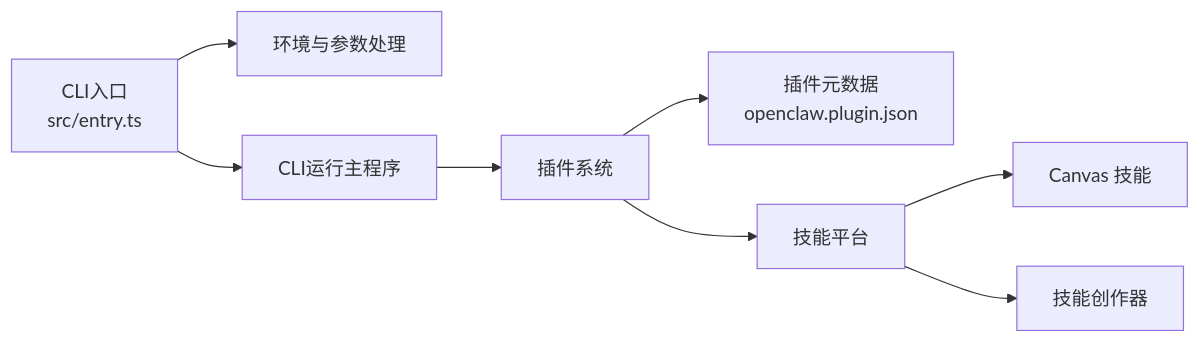
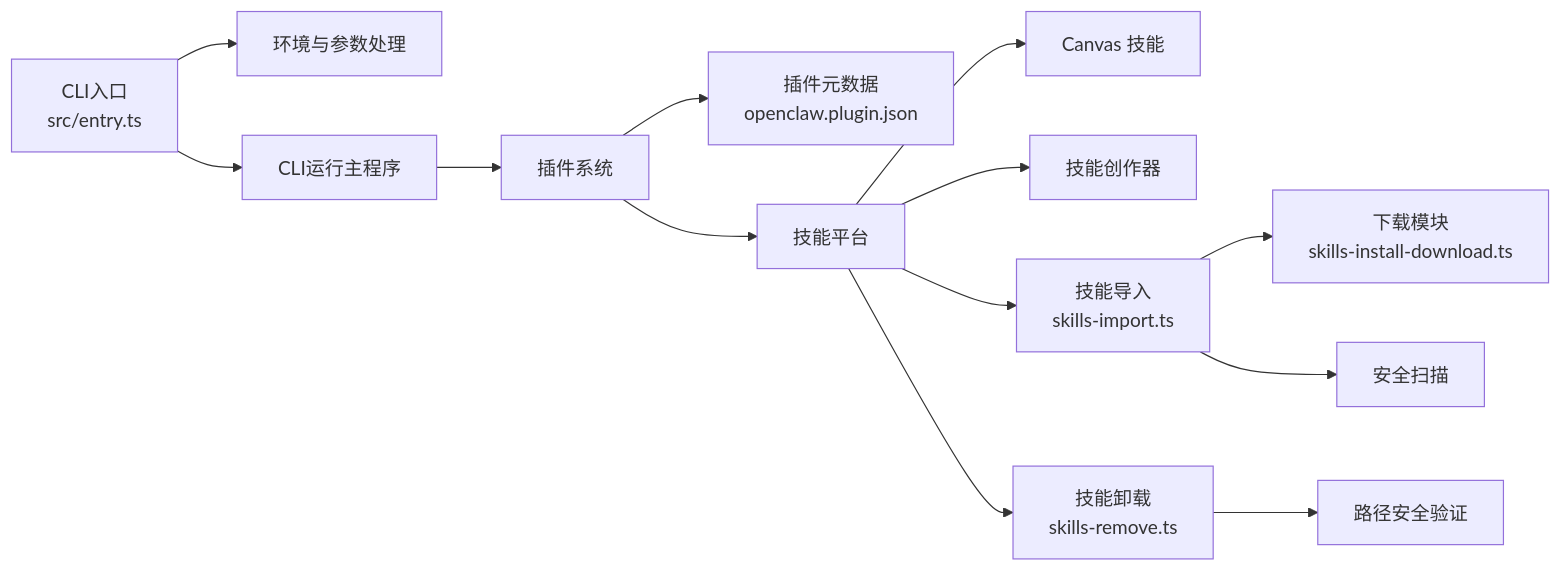
One commit to verse-ai-org/openclaw changed the ninth of 9 diagrams in .qoder/repowiki/zh/content/Web界面/技能平台.md. Above: the diagram before and after it, drawn with Mermaid. The commit also changed other lines of this file and 33 other files, not shown here.

````diff
--- a/.qoder/repowiki/zh/content/Web界面/技能平台.md
+++ b/.qoder/repowiki/zh/content/Web界面/技能平台.md
@@ -266,10 +422,15 @@
 ```mermaid
 graph LR
 Entry["CLI入口<br/>src/entry.ts"] --> Env["环境与参数处理"]
 Entry --> Run["CLI运行主程序"]
 Run --> Plugins["插件系统"]
 Plugins --> Meta["插件元数据<br/>openclaw.plugin.json"]
 Plugins --> Skills["技能平台"]
 Skills --> Canvas["Canvas 技能"]
 Skills --> Creator["技能创作器"]
+Skills --> Import["技能导入<br/>skills-import.ts"]
+Skills --> Remove["技能卸载<br/>skills-remove.ts"]
+Import --> Download["下载模块<br/>skills-install-download.ts"]
+Import --> Security["安全扫描"]
+Remove --> PathSafety["路径安全验证"]
 ```
````
